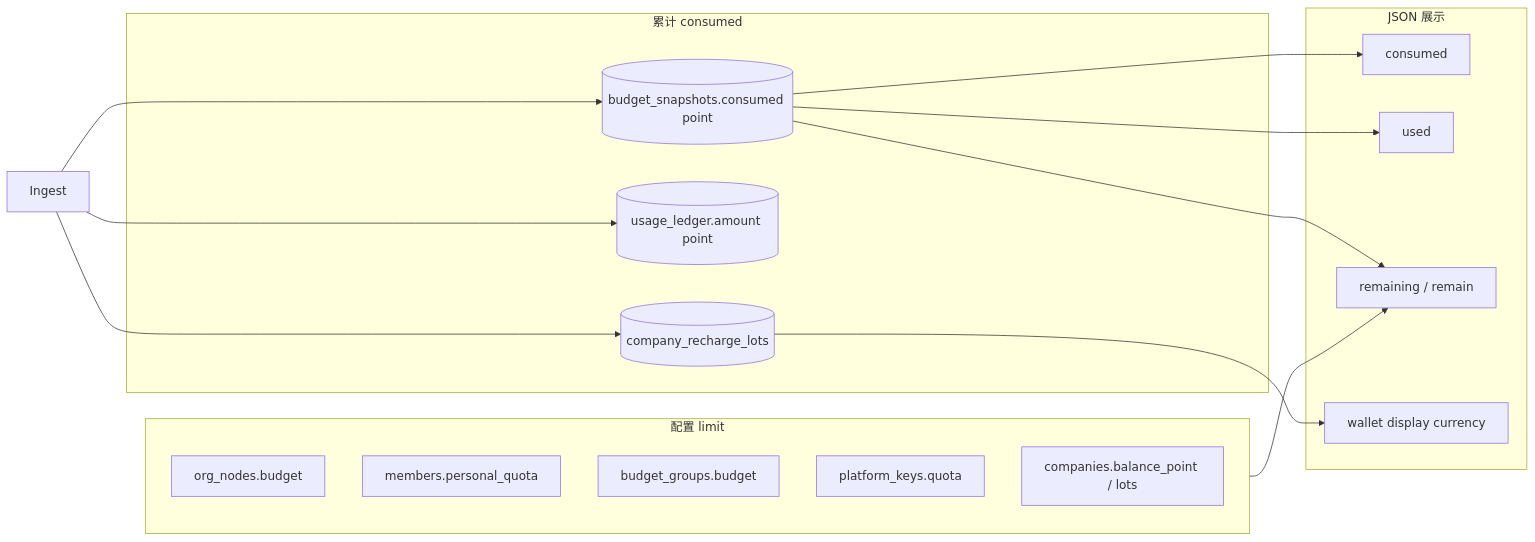
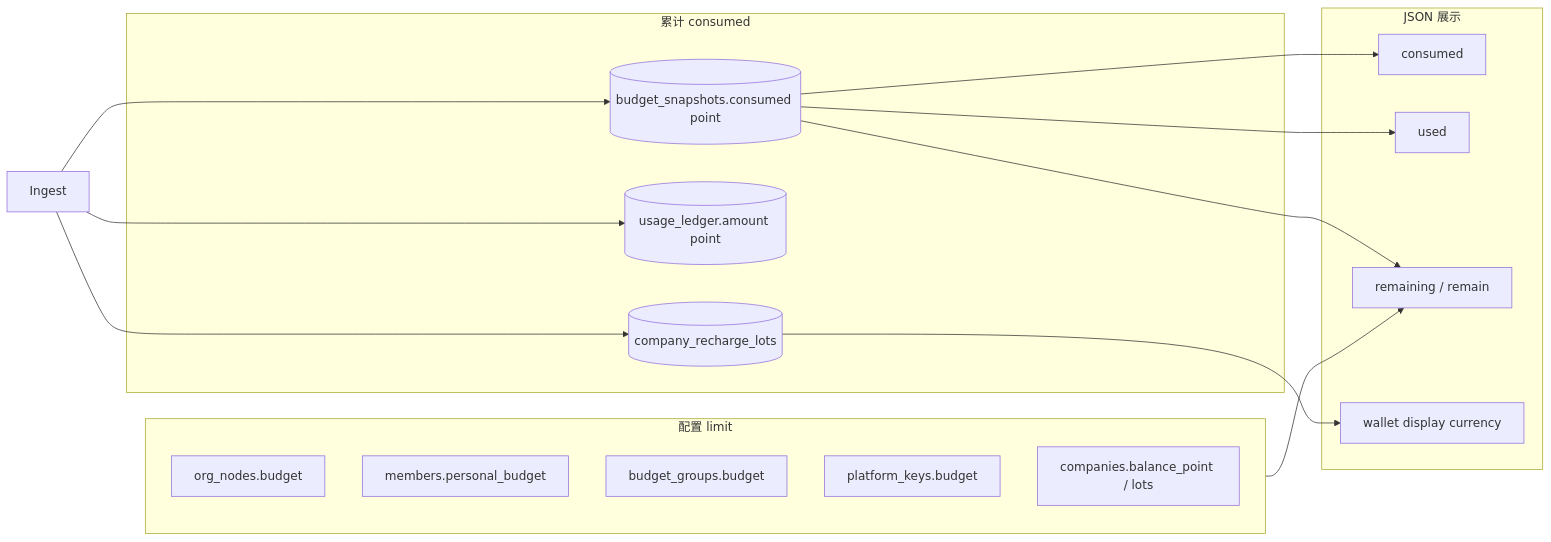
One commit to quyip8818/mytokenjoy changed the seventh of 7 diagrams in docs/Backend-存储架构.md. Above: the diagram before and after it, drawn with Mermaid. The commit also changed other lines of this file and 106 other files, not shown here.

````diff
--- a/docs/Backend-存储架构.md
+++ b/docs/Backend-存储架构.md
@@ -235,29 +235,29 @@
 ```mermaid
 flowchart LR
   subgraph assign [配置 limit]
     OB[org_nodes.budget]
-    PQ[members.personal_quota]
+    PQ[members.personal_budget]
     BG[budget_groups.budget]
-    PKQ[platform_keys.quota]
+    PKQ[platform_keys.budget]
     WAL[companies.balance_point / lots]
   end
 
   subgraph spend [累计 consumed]
     BS[(budget_snapshots.consumed point)]
     UL[(usage_ledger.amount point)]
     LOT[(company_recharge_lots)]
   end
 
   subgraph api [JSON 展示]
     C[consumed]
     U[used]
     R[remaining / remain]
     W[wallet display currency]
   end
 
   ING[Ingest] --> BS & UL & LOT
   BS --> C & U
   assign --> R
   BS --> R
   LOT --> W
 ```
````
